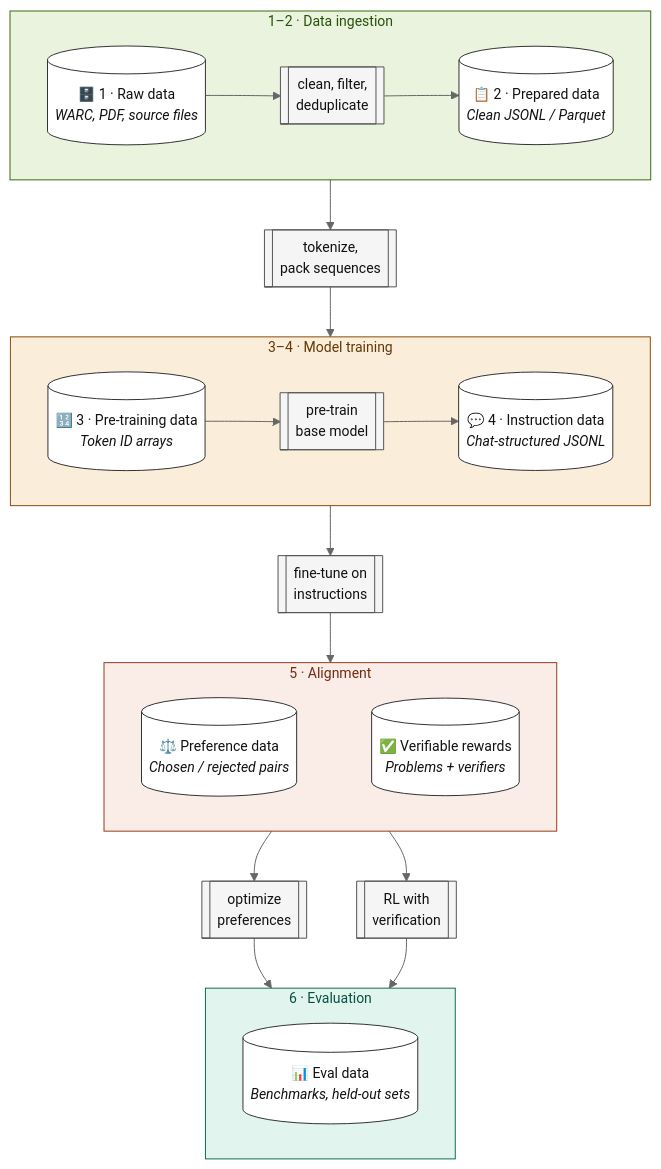
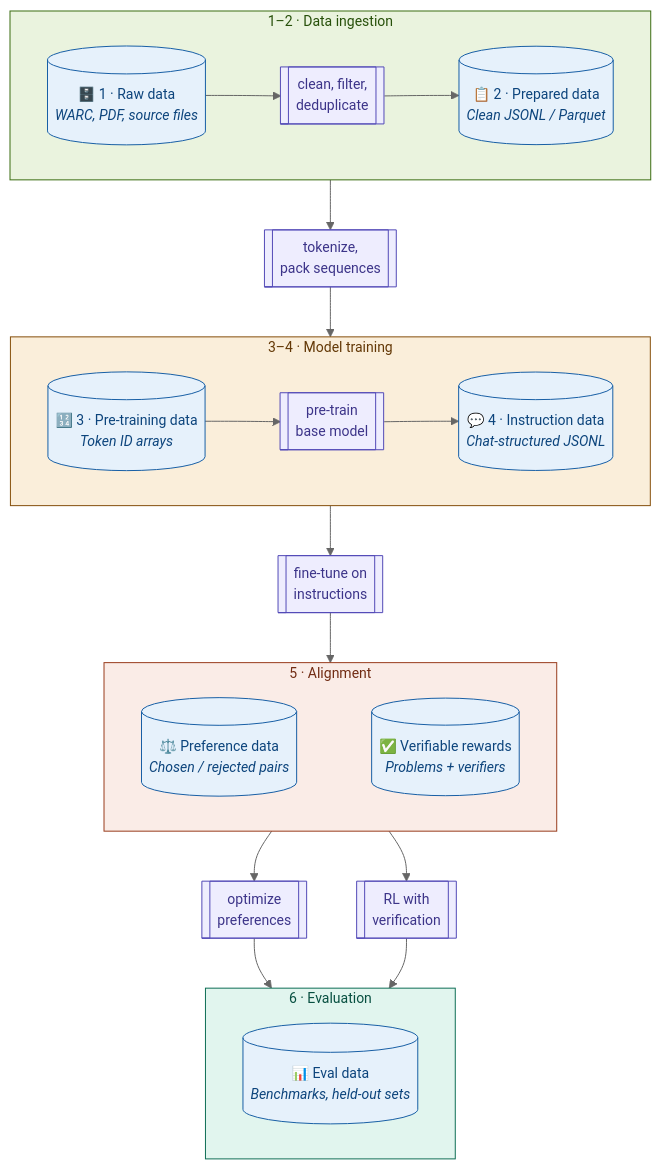
One commit to The-AI-Alliance/tapestry changed the diagram in tech-docs/reference/training-pipeline-data.md. Above: the diagram before and after it, drawn with Mermaid. The commit also changed other lines of this file, not shown here.

Commit message:
docs: color-code data and process nodes in pipeline diagram
Use blue for data artifacts and violet for pipeline steps so shape
and color both encode node type.

````diff
--- a/tech-docs/reference/training-pipeline-data.md
+++ b/tech-docs/reference/training-pipeline-data.md
@@ -19,45 +19,45 @@
 ```mermaid
 %%{init: {'theme': 'neutral', 'themeVariables': {'fontSize': '14px'}, 'flowchart': {'useMaxWidth': false}}}%%
 flowchart TD
     subgraph ingest ["1–2 · Data ingestion"]
         direction LR
         RAW[(🗄️ 1 · Raw data<br/><i>WARC, PDF, source files</i>)] --> PREP_PROC[["clean, filter,<br/>deduplicate"]] --> PREP[(📋 2 · Prepared data<br/><i>Clean JSONL / Parquet</i>)]
     end
 
     TOKENIZE[["tokenize,<br/>pack sequences"]]
 
     subgraph train ["3–4 · Model training"]
         direction LR
         PRETRAIN[(🔢 3 · Pre-training data<br/><i>Token ID arrays</i>)] --> TRAIN_MODEL[["pre-train<br/>base model"]] --> SFT_DATA[(💬 4 · Instruction data<br/><i>Chat-structured JSONL</i>)]
     end
 
     FINETUNE[["fine-tune on<br/>instructions"]]
 
     subgraph align ["5 · Alignment"]
         direction LR
         PREF[(⚖️ Preference data<br/><i>Chosen / rejected pairs</i>)] ~~~ VERIF[(✅ Verifiable rewards<br/><i>Problems + verifiers</i>)]
     end
 
     PREF_OPT[["optimize<br/>preferences"]]
     RL_VERIFY[["RL with<br/>verification"]]
 
     subgraph evalg ["6 · Evaluation"]
         direction LR
         EVAL[(📊 Eval data<br/><i>Benchmarks, held-out sets</i>)]
     end
 
     ingest --> TOKENIZE --> train
     train --> FINETUNE --> align
     align --> PREF_OPT --> evalg
     align --> RL_VERIFY --> evalg
 
     style ingest fill:#EAF3DE,stroke:#3B6D11,color:#27500A
     style train fill:#FAEEDA,stroke:#854F0B,color:#633806
     style align fill:#FAECE7,stroke:#993C1D,color:#712B13
     style evalg fill:#E1F5EE,stroke:#0F6E56,color:#085041
 
-    classDef data fill:#ffffff,stroke:#333,color:#111
-    classDef process fill:#f5f5f5,stroke:#555,color:#111
+    classDef data fill:#E6F1FB,stroke:#185FA5,color:#0C447C
+    classDef process fill:#EEEDFE,stroke:#534AB7,color:#3C3489
     class RAW,PREP,PRETRAIN,SFT_DATA,PREF,VERIF,EVAL data
     class PREP_PROC,TOKENIZE,TRAIN_MODEL,FINETUNE,PREF_OPT,RL_VERIFY process
 ```
````
